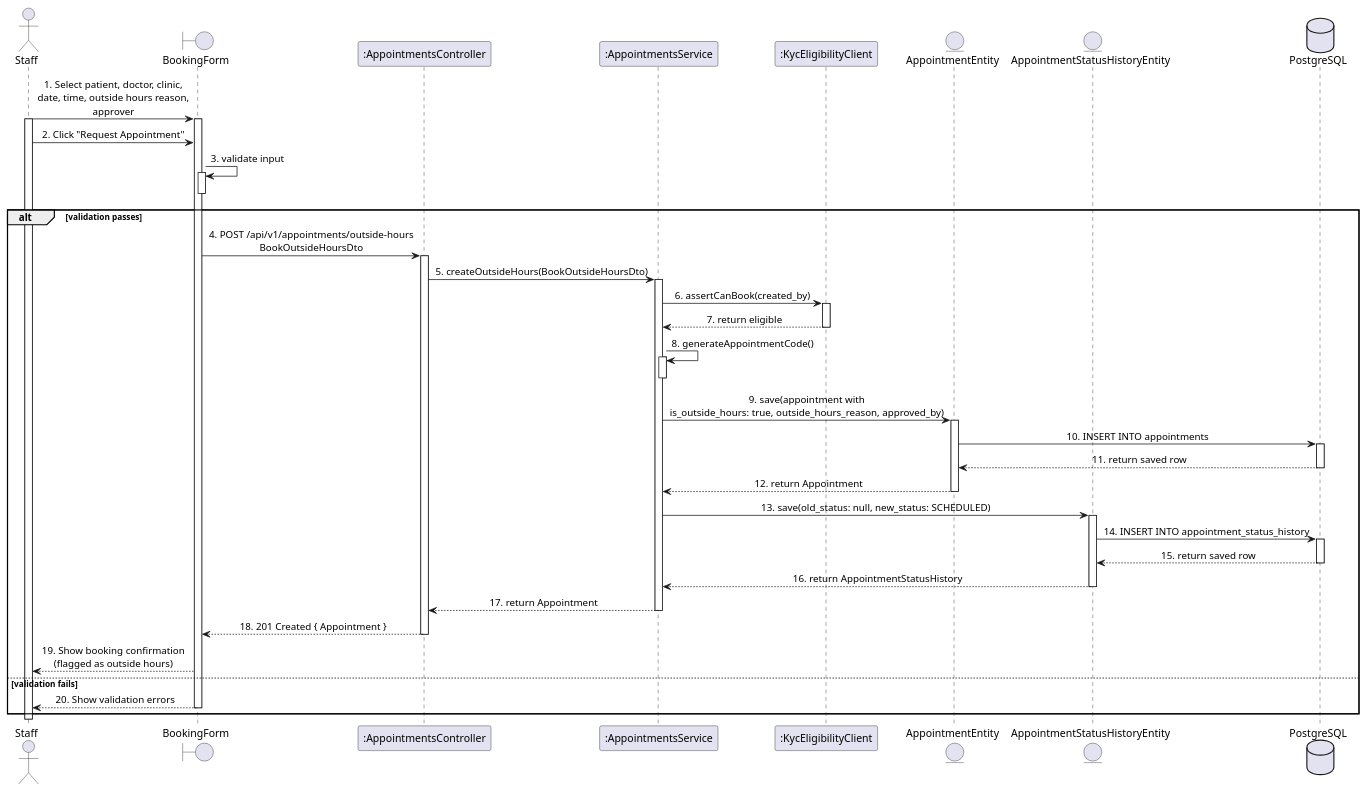
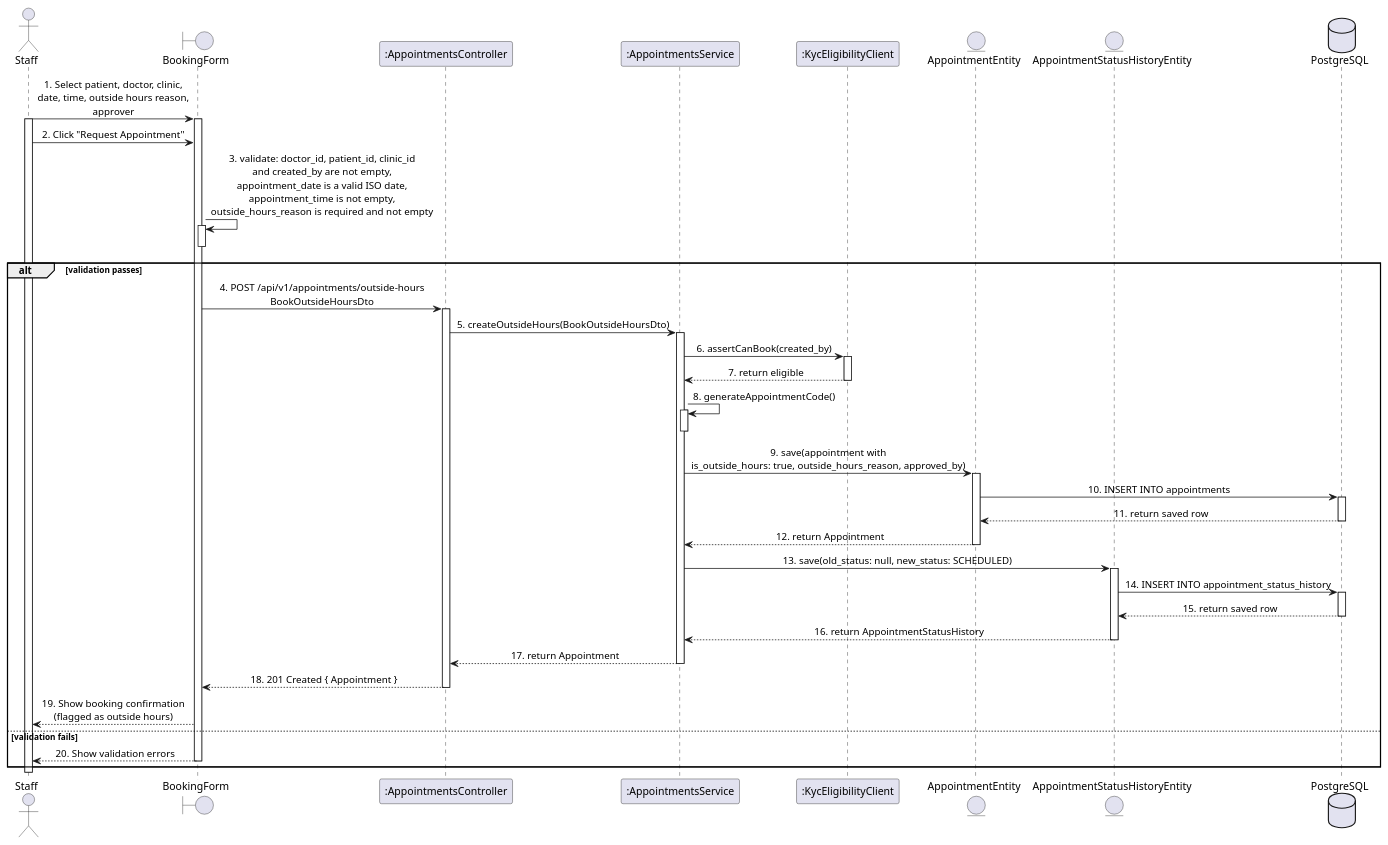
The diagram in docs/sequence-diagram/UC51_CreateAppointmentOutsideWorkingHours.puml (LTPPPP/Smart-Medical-Intelligent-Ledger-for-E-health-S.M.I.L.E-), drawn with PlantUML before and after one commit. The commit also changed 31 other files, not shown here.

```diff
--- a/docs/sequence-diagram/UC51_CreateAppointmentOutsideWorkingHours.puml
+++ b/docs/sequence-diagram/UC51_CreateAppointmentOutsideWorkingHours.puml
@@ -1,69 +1,69 @@
 @startuml SequenceDiagram
 skinparam shadowing false
 skinparam sequenceMessageAlign center
 actor "Staff" as user
 boundary "BookingForm" as page
 participant ":AppointmentsController" as ctrl
 participant ":AppointmentsService" as aptSvc
 participant ":KycEligibilityClient" as kyc
 entity "AppointmentEntity" as aptEntity
 entity "AppointmentStatusHistoryEntity" as histEntity
 database "PostgreSQL" as db
 
 user -> page : 1. Select patient, doctor, clinic,\ndate, time, outside hours reason,\napprover
 activate user
 activate page
 
 user -> page : 2. Click "Request Appointment"
-page -> page : 3. validate input
+page -> page : 3. validate: doctor_id, patient_id, clinic_id\nand created_by are not empty,\nappointment_date is a valid ISO date,\nappointment_time is not empty,\noutside_hours_reason is required and not empty
 activate page
 deactivate page
 alt validation passes
   page -> ctrl : 4. POST /api/v1/appointments/outside-hours\nBookOutsideHoursDto
   activate ctrl
 
   ctrl -> aptSvc : 5. createOutsideHours(BookOutsideHoursDto)
   activate aptSvc
 
   aptSvc -> kyc : 6. assertCanBook(created_by)
   activate kyc
   kyc --> aptSvc : 7. return eligible
   deactivate kyc
 
   aptSvc -> aptSvc : 8. generateAppointmentCode()
   activate aptSvc
   deactivate aptSvc
 
   aptSvc -> aptEntity : 9. save(appointment with\nis_outside_hours: true, outside_hours_reason, approved_by)
   activate aptEntity
   aptEntity -> db : 10. INSERT INTO appointments
   activate db
   db --> aptEntity : 11. return saved row
   deactivate db
   aptEntity --> aptSvc : 12. return Appointment
   deactivate aptEntity
 
   aptSvc -> histEntity : 13. save(old_status: null, new_status: SCHEDULED)
   activate histEntity
   histEntity -> db : 14. INSERT INTO appointment_status_history
   activate db
   db --> histEntity : 15. return saved row
   deactivate db
   histEntity --> aptSvc : 16. return AppointmentStatusHistory
   deactivate histEntity
 
   aptSvc --> ctrl : 17. return Appointment
 deactivate aptSvc
   ctrl --> page : 18. 201 Created { Appointment }
 
   deactivate ctrl
   page --> user : 19. Show booking confirmation\n(flagged as outside hours)
 else validation fails
 
   page --> user : 20. Show validation errors
   deactivate page
 end
 
 deactivate user
 
 @enduml
```
